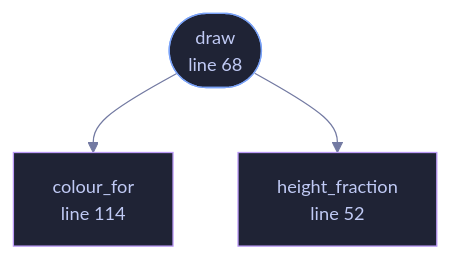
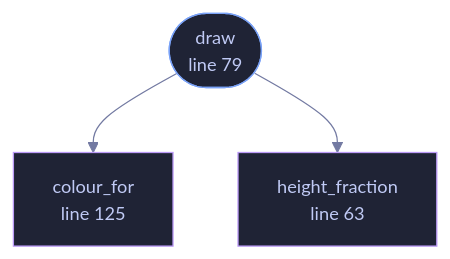
The diagram in docs/files/veilvoice-gui/soundbar.md (tilas01/veilvoice), drawn with Mermaid before and after one commit. The commit also changed other lines of this file and 487 other files, not shown here.

````diff
--- a/docs/files/veilvoice-gui/soundbar.md
+++ b/docs/files/veilvoice-gui/soundbar.md
@@ -81,16 +93,16 @@
 ```mermaid
 %%{init: {"theme":"base","themeVariables":{"background":"#1a1b26","primaryColor":"#1f2335","primaryTextColor":"#c0caf5","primaryBorderColor":"#7aa2f7","secondaryColor":"#16161e","tertiaryColor":"#16161e","lineColor":"#737aa2","textColor":"#c0caf5","mainBkg":"#1f2335","nodeBorder":"#7aa2f7","clusterBkg":"#16161e","clusterBorder":"#2f3549","fontFamily":"ui-monospace, SFMono-Regular, Consolas, monospace","fontSize":"14px"}}}%%
 flowchart TD
-    n_height_fraction["height_fraction<br/>line 52"]
-    n_draw(["draw<br/>line 68"])
-    n_colour_for["colour_for<br/>line 114"]
+    n_height_fraction["height_fraction<br/>line 63"]
+    n_draw(["draw<br/>line 79"])
+    n_colour_for["colour_for<br/>line 125"]
     n_draw --> n_colour_for
     n_draw --> n_height_fraction
-    click n_height_fraction href "https://github.com/tilas01/veilvoice/blob/main/crates/veilvoice-gui/src/soundbar.rs#L52" "open the source"
-    click n_draw href "https://github.com/tilas01/veilvoice/blob/main/crates/veilvoice-gui/src/soundbar.rs#L68" "open the source"
-    click n_colour_for href "https://github.com/tilas01/veilvoice/blob/main/crates/veilvoice-gui/src/soundbar.rs#L114" "open the source"
+    click n_height_fraction href "https://github.com/tilas01/veilvoice/blob/main/crates/veilvoice-gui/src/soundbar.rs#L63" "open the source"
+    click n_draw href "https://github.com/tilas01/veilvoice/blob/main/crates/veilvoice-gui/src/soundbar.rs#L79" "open the source"
+    click n_colour_for href "https://github.com/tilas01/veilvoice/blob/main/crates/veilvoice-gui/src/soundbar.rs#L125" "open the source"
     classDef entry fill:#1f2335,stroke:#7aa2f7,color:#c0caf5
     class n_draw entry
     classDef helper fill:#1f2335,stroke:#bb9af7,color:#c0caf5
     class n_height_fraction,n_colour_for helper
 ```
````
